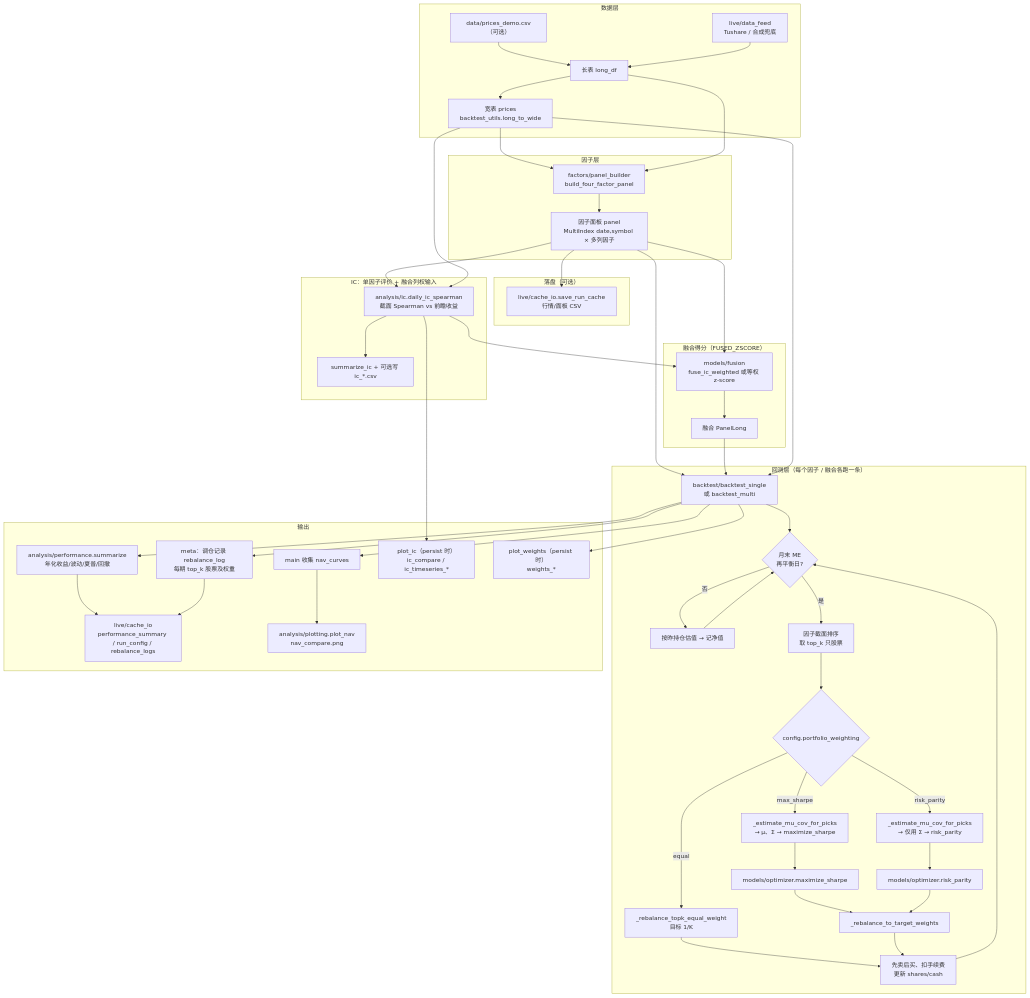
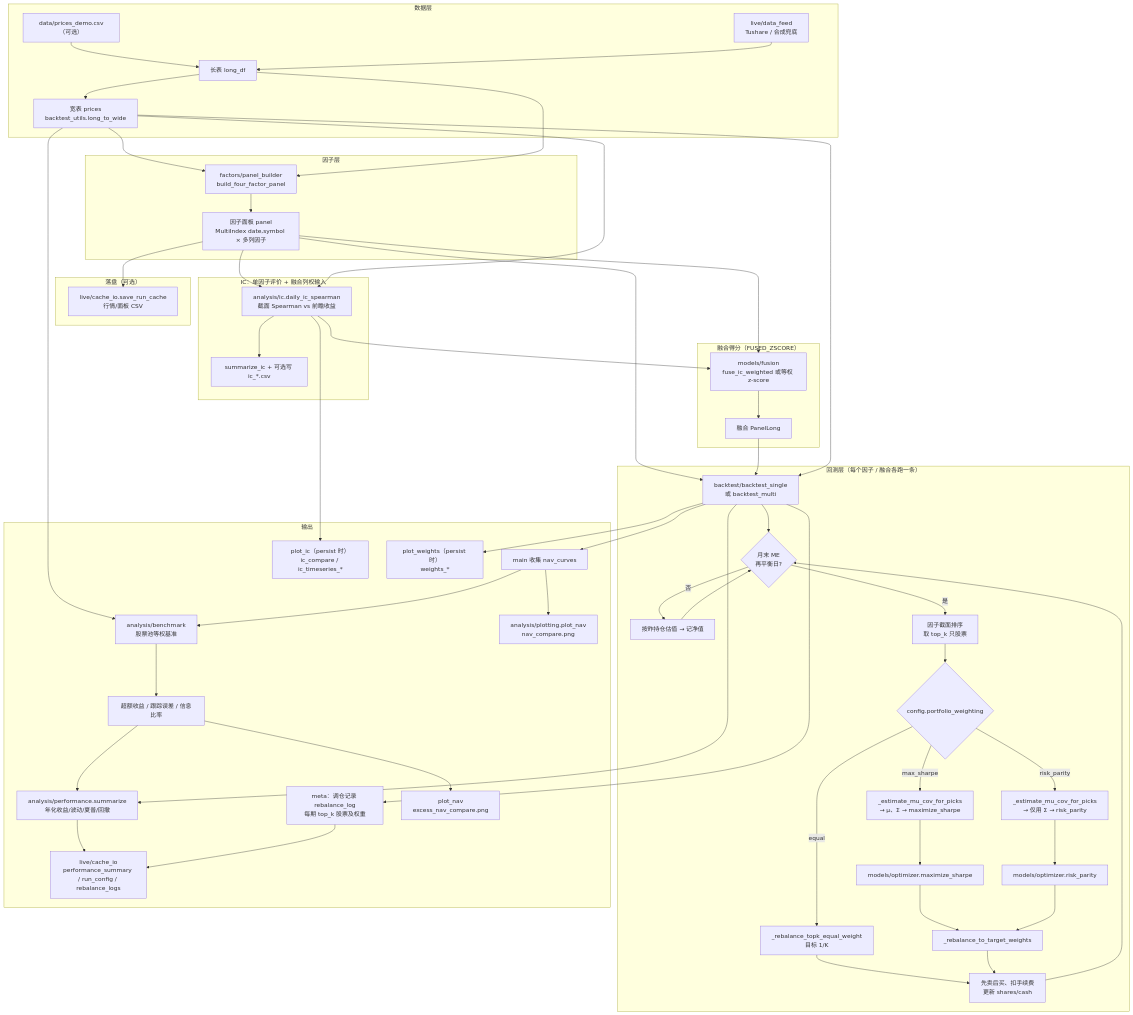
One commit to Mikowong0821/quant_strategy changed the diagram in docs/FLOW_AND_MODULES.md. Above: the diagram before and after it, drawn with Mermaid. The commit also changed other lines of this file and 19 other files, not shown here.

Commit message:
Add benchmark and excess return analysis

````diff
--- a/docs/FLOW_AND_MODULES.md
+++ b/docs/FLOW_AND_MODULES.md
@@ -9,64 +9,69 @@
 ```mermaid
 flowchart TB
     subgraph data["数据层"]
         CSV["data/prices_demo.csv（可选）"]
         TS["live/data_feed<br/>Tushare / 合成兜底"]
         CSV --> LONG["长表 long_df"]
         TS --> LONG
         LONG --> WIDE["宽表 prices<br/>backtest_utils.long_to_wide"]
     end
 
     subgraph panel["因子层"]
         WIDE --> FB["factors/panel_builder<br/>build_four_factor_panel"]
         LONG --> FB
         FB --> PANEL["因子面板 panel<br/>MultiIndex date,symbol × 多列因子"]
     end
 
     subgraph cache["落盘（可选）"]
         PANEL --> CI["live/cache_io.save_run_cache<br/>行情/面板 CSV"]
     end
 
     subgraph ic_block["IC：单因子评价 + 融合列权输入"]
         PANEL --> IC["analysis/ic.daily_ic_spearman<br/>截面 Spearman vs 前瞻收益"]
         WIDE --> IC
         IC --> ICSUM["summarize_ic + 可选写 ic_*.csv"]
     end
 
     subgraph fusion["融合得分（FUSED_ZSCORE）"]
         PANEL --> FZ["models/fusion<br/>fuse_ic_weighted 或等权 z-score"]
         IC --> FZ
         FZ --> FUSED["融合 PanelLong"]
     end
 
     subgraph bt["回测层（每个因子 / 融合各跑一条）"]
         PANEL --> BT["backtest/backtest_single<br/>或 backtest_multi"]
         FUSED --> BT
         WIDE --> BT
         BT --> RB{"月末 ME<br/>再平衡日?"}
         RB -->|否| NAV1["按昨持仓估值 → 记净值"]
         RB -->|是| TOPK["因子截面排序<br/>取 top_k 只股票"]
         TOPK --> WMODE{"config.portfolio_weighting"}
         WMODE -->|equal| EQ["_rebalance_topk_equal_weight<br/>目标 1/K"]
         WMODE -->|max_sharpe| EST["_estimate_mu_cov_for_picks<br/>→ μ、Σ → maximize_sharpe"]
         EST --> MS["models/optimizer.maximize_sharpe"]
         WMODE -->|risk_parity| EST2["_estimate_mu_cov_for_picks<br/>→ 仅用 Σ → risk_parity"]
         EST2 --> RP["models/optimizer.risk_parity"]
         MS --> TW["_rebalance_to_target_weights"]
         RP --> TW
         EQ --> NAV2["先卖后买、扣手续费<br/>更新 shares/cash"]
         TW --> NAV2
         NAV1 --> RB
         NAV2 --> RB
     end
 
     subgraph out["输出"]
         BT --> PERF["analysis/performance.summarize<br/>年化收益/波动/夏普/回撤"]
+        WIDE --> BENCH["analysis/benchmark<br/>股票池等权基准"]
+        NAVC --> BENCH
+        BENCH --> EXCESS["超额收益 / 跟踪误差 / 信息比率"]
+        EXCESS --> PERF
         BT --> META["meta：调仓记录 rebalance_log<br/>每期 top_k 股票及权重"]
         PERF --> EXP["live/cache_io<br/>performance_summary / run_config / rebalance_logs"]
         META --> EXP
         BT --> NAVC["main 收集 nav_curves"]
         NAVC --> PLOT["analysis/plotting.plot_nav<br/>nav_compare.png"]
+        EXCESS --> XPLOT["plot_nav<br/>excess_nav_compare.png"]
         IC --> ICFIG["plot_ic（persist 时）<br/>ic_compare / ic_timeseries_*"]
         BT --> WFIG["plot_weights（persist 时）<br/>weights_*"]
     end
 ```
````
